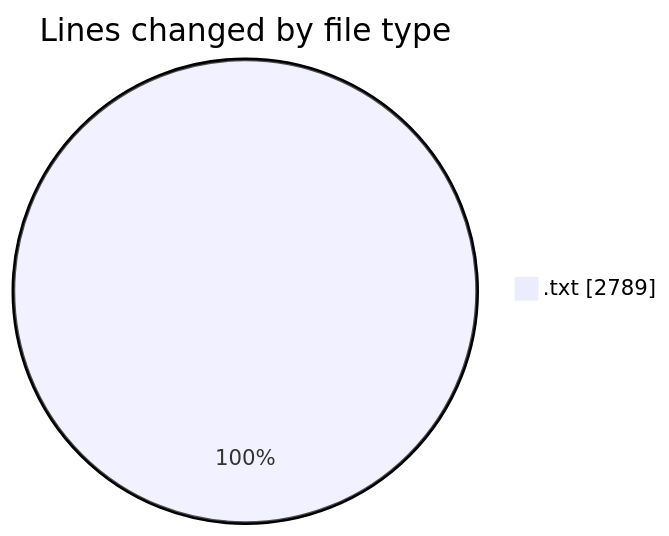
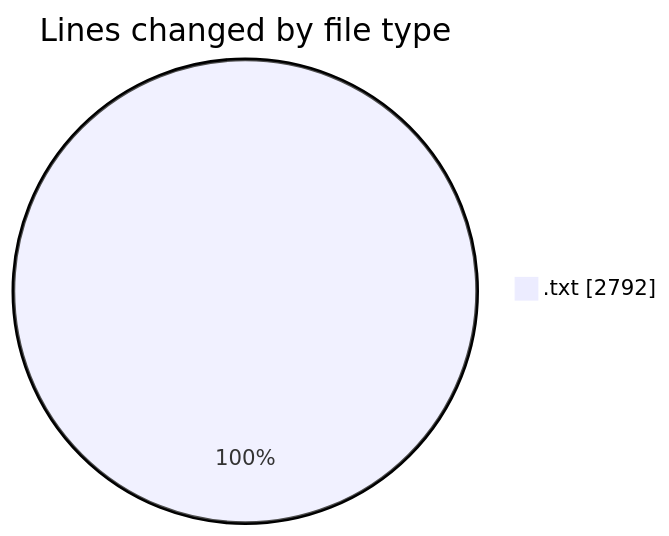
One commit to momahboobian/code-tracking changed the first of 2 diagrams in 2025-02-16/iptv_moreel_me/README.md. Above: the diagram before and after it, drawn with Mermaid. The commit also changed other lines of this file and 1 other file, not shown here.

````diff
--- a/2025-02-16/iptv_moreel_me/README.md
+++ b/2025-02-16/iptv_moreel_me/README.md
@@ -20,5 +20,5 @@
 ```mermaid
 pie showData
 title Lines changed by file type
-".txt" : 2789
+".txt" : 2792
 ```
````
